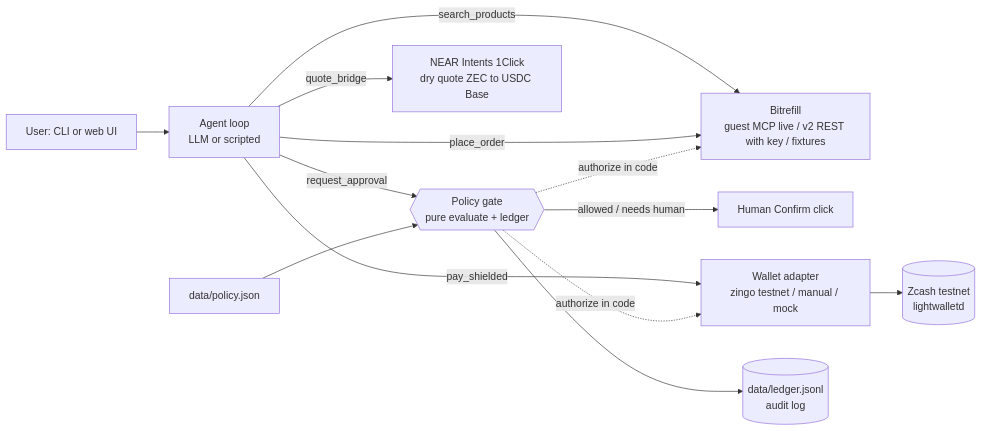
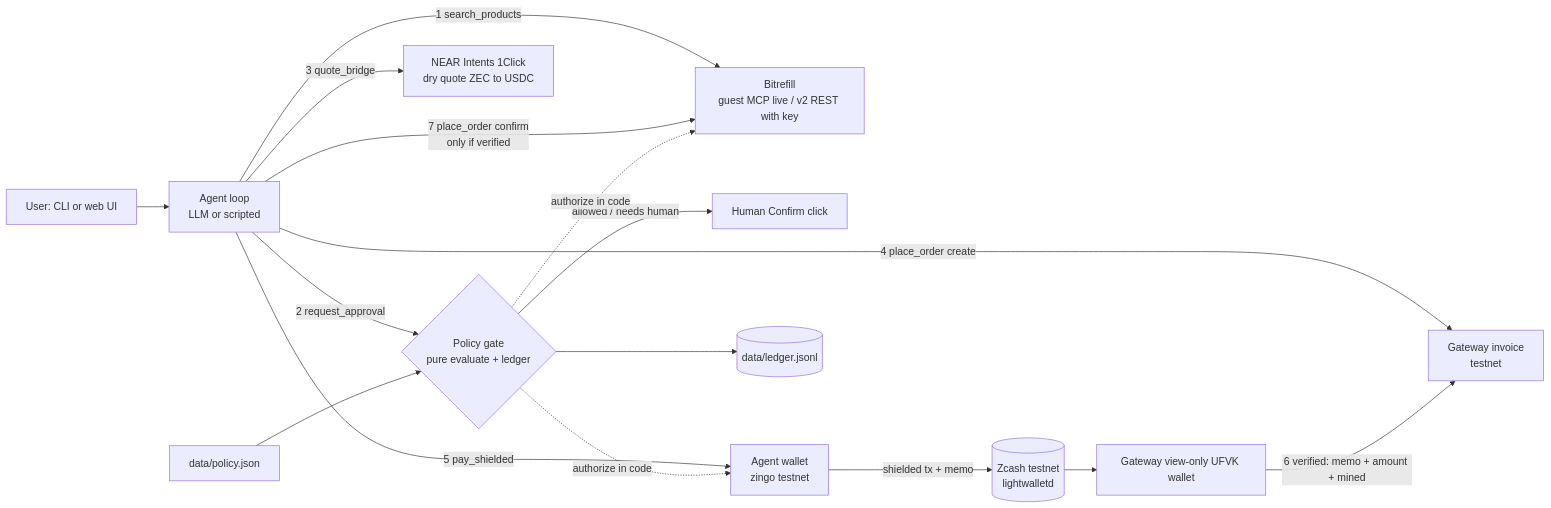
The diagram in README.md (AaroneGeorge/Zzzz), drawn with Mermaid before and after one commit. The commit also changed other lines of this file and 3 other files, not shown here.

Commit message:
Docs: 7-step gateway flow, evidence txids, submission text, caption script

````diff
--- a/README.md
+++ b/README.md
@@ -17,15 +72,18 @@
 ```mermaid
 flowchart LR
   U[User: CLI or web UI] --> A[Agent loop<br/>LLM or scripted]
-  A -- search_products --> B[Bitrefill<br/>guest MCP live / v2 REST with key / fixtures]
-  A -- request_approval --> G{{Policy gate<br/>pure evaluate + ledger}}
+  A -- 1 search_products --> B[Bitrefill<br/>guest MCP live / v2 REST with key]
+  A -- 2 request_approval --> G{Policy gate<br/>pure evaluate + ledger}
   G -- allowed / needs human --> H[Human Confirm click]
-  A -- quote_bridge --> Q[NEAR Intents 1Click<br/>dry quote ZEC to USDC Base]
-  A -- pay_shielded --> W[Wallet adapter<br/>zingo testnet / manual / mock]
-  A -- place_order --> B
+  A -- 3 quote_bridge --> Q[NEAR Intents 1Click<br/>dry quote ZEC to USDC]
+  A -- 4 place_order create --> GW[Gateway invoice<br/>testnet]
+  A -- 5 pay_shielded --> W[Agent wallet<br/>zingo testnet]
+  W -- shielded tx + memo --> Z[(Zcash testnet<br/>lightwalletd)]
+  Z --> V[Gateway view-only UFVK wallet]
+  V -- 6 verified: memo + amount + mined --> GW
+  A -- 7 place_order confirm<br/>only if verified --> B
   G -. authorize in code .-> W
   G -. authorize in code .-> B
-  W --> Z[(Zcash testnet<br/>lightwalletd)]
-  G --> L[(data/ledger.jsonl<br/>audit log)]
+  G --> L[(data/ledger.jsonl)]
   P[data/policy.json] --> G
 ```
````
